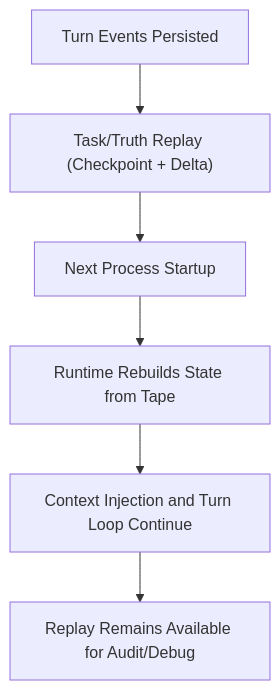
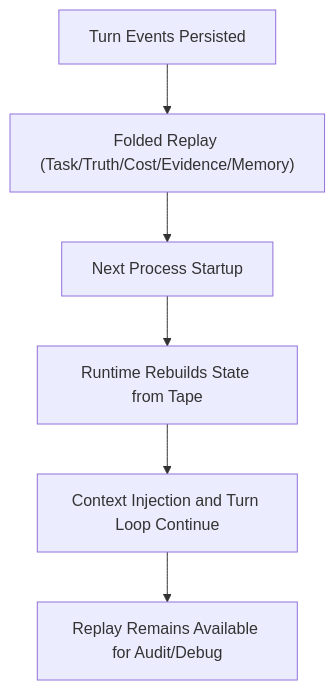
Before and after one commit to arcthur/pi-roaster: the diagram in docs/journeys/session-handoff-and-reference.md, drawn with Mermaid. The commit also changed other lines of this file and 21 other files, not shown here.

````diff
--- a/docs/journeys/session-handoff-and-reference.md
+++ b/docs/journeys/session-handoff-and-reference.md
@@ -8,8 +8,8 @@
 ```mermaid
 flowchart TD
-  A["Turn Events Persisted"] --> B["Task/Truth Replay (Checkpoint + Delta)"]
+  A["Turn Events Persisted"] --> B["Folded Replay (Task/Truth/Cost/Evidence/Memory)"]
   B --> C["Next Process Startup"]
   C --> D["Runtime Rebuilds State from Tape"]
   D --> E["Context Injection and Turn Loop Continue"]
   E --> F["Replay Remains Available for Audit/Debug"]
 ```
````
